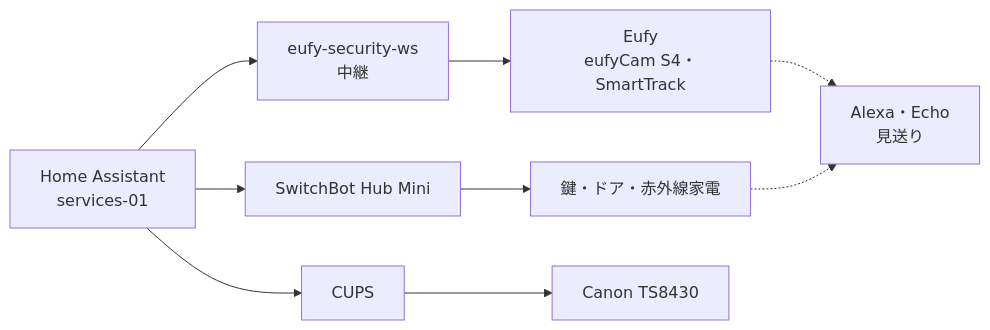
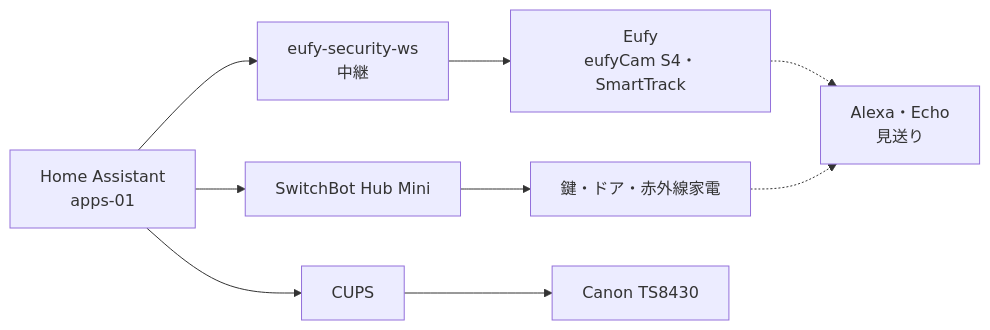
One commit to rurutheGeek/shake-cloud changed the eighth of 14 diagrams in docs/architecture/overview.md. Above: the diagram before and after it, drawn with Mermaid. The commit also changed other lines of this file and 67 other files, not shown here.

````diff
--- a/docs/architecture/overview.md
+++ b/docs/architecture/overview.md
@@ -319,20 +314,20 @@
 ```mermaid
 flowchart LR
-  ha["Home Assistant<br/>services-01"]
+  ha["Home Assistant<br/>apps-01"]
   eufyws["eufy-security-ws<br/>中継"]
   eufy["Eufy<br/>eufyCam S4・SmartTrack"]
   hub["SwitchBot Hub Mini"]
   sb["鍵・ドア・赤外線家電"]
   cups["CUPS"]
   printer["Canon TS8430"]
   alexa["Alexa・Echo<br/>見送り"]
 
   ha --> eufyws
   eufyws --> eufy
   ha --> hub
   hub --> sb
   ha --> cups
   cups --> printer
   eufy -.-> alexa
   sb -.-> alexa
 ```
````
